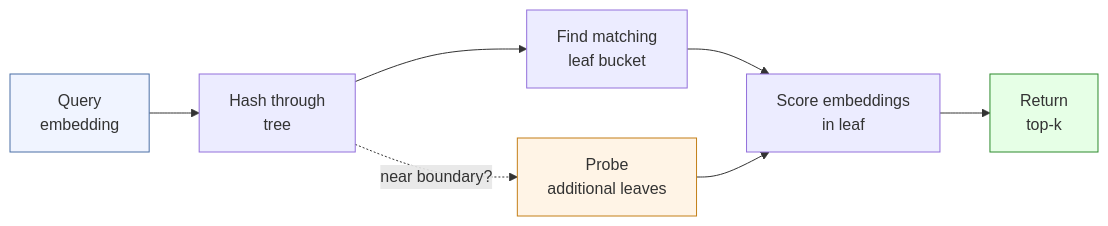
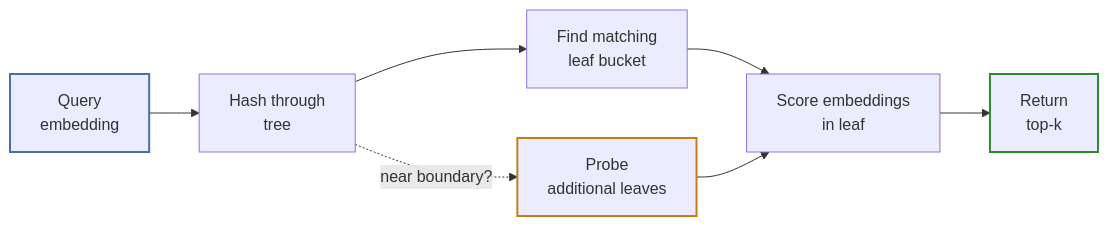
Before and after one commit to jdonaldson/dyf: the fourth of 4 diagrams in docs/how-it-works.qmd, drawn with Mermaid. The commit also changed other lines of this file and 1 other file, not shown here.

First line of the commit message:
Fix Mermaid rendering: use <br/> for line breaks, stroke-only for theme compat

````diff
--- a/docs/how-it-works.qmd
+++ b/docs/how-it-works.qmd
@@ -168,15 +168,15 @@
 ```{mermaid}
 %%| fig-width: 8
 flowchart LR
-    Q["Query\nembedding"] --> H["Hash through\ntree"]
-    H --> L["Find matching\nleaf bucket"]
-    L --> S["Score embeddings\nin leaf"]
-    S --> R["Return\ntop-k"]
+    Q["Query<br/>embedding"] --> H["Hash through<br/>tree"]
+    H --> L["Find matching<br/>leaf bucket"]
+    L --> S["Score embeddings<br/>in leaf"]
+    S --> R["Return<br/>top-k"]
 
-    H -.->|"near boundary?"| P["Probe\nadditional leaves"]
+    H -.->|"near boundary?"| P["Probe<br/>additional leaves"]
     P --> S
 
-    style Q fill:#f0f4ff,stroke:#4a6fa5
-    style R fill:#e6ffe6,stroke:#2d8a2d
-    style P fill:#fff4e6,stroke:#c47f17
+    style Q stroke:#4a6fa5,stroke-width:2
+    style R stroke:#2d8a2d,stroke-width:2
+    style P stroke:#c47f17,stroke-width:2
 ```
````
